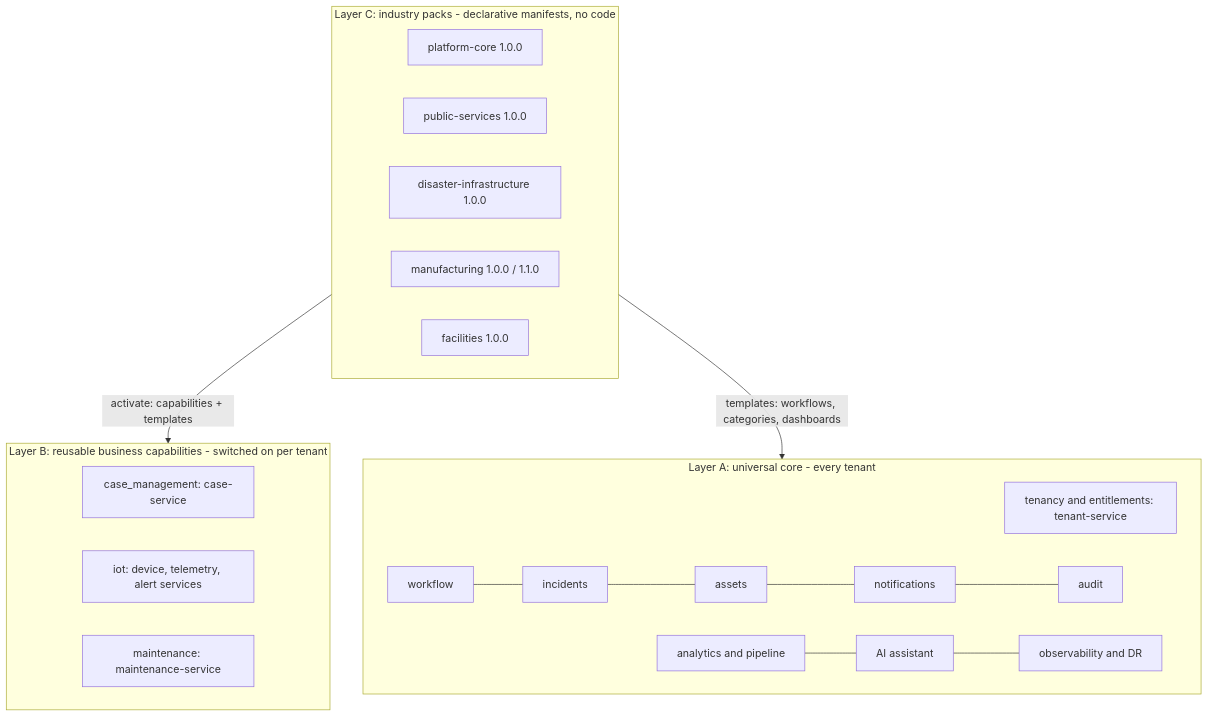
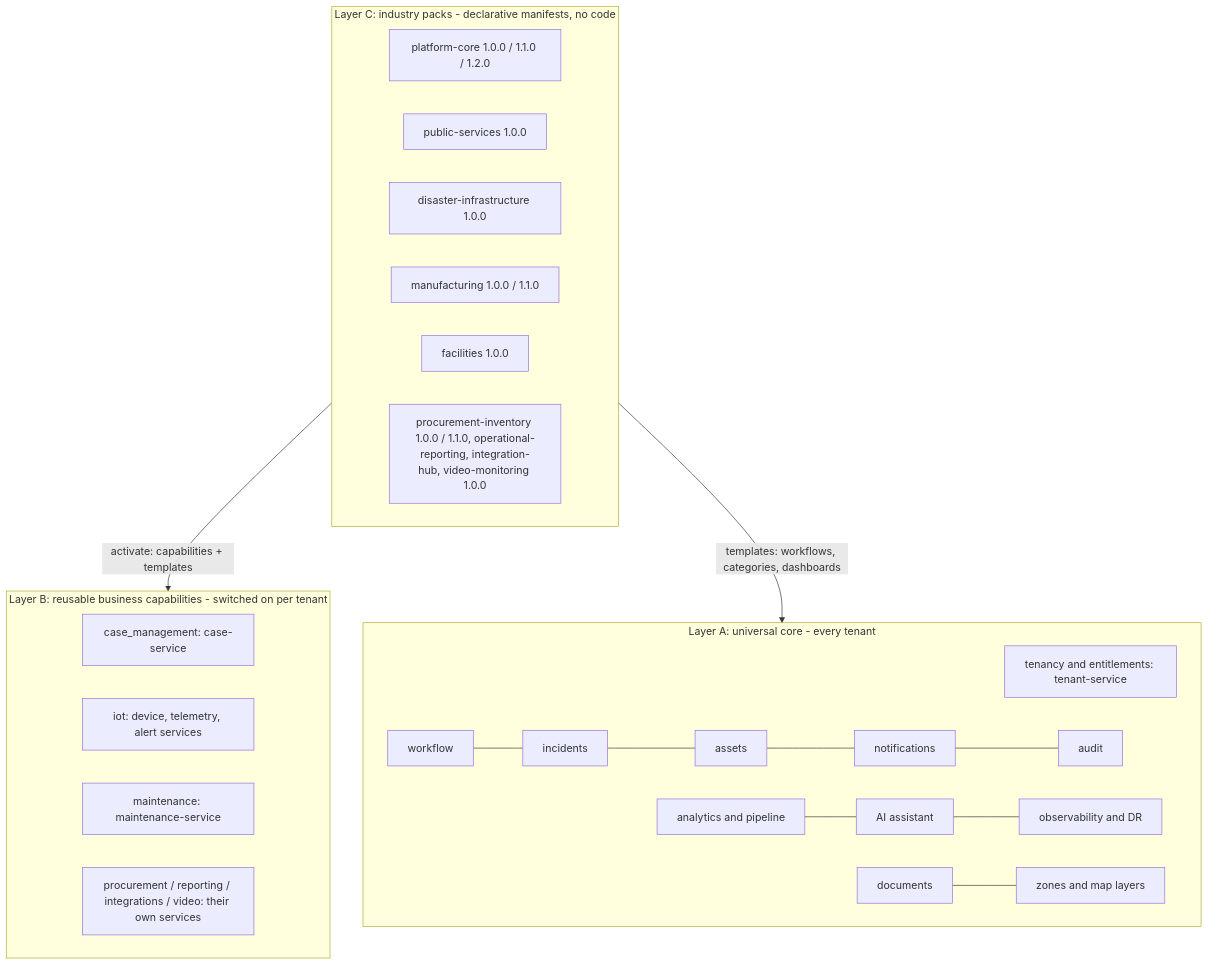
The first of 2 diagrams in docs/architecture/industry-packs.md (rumusAtok/titan-system), drawn with Mermaid before and after one commit. The commit also changed other lines of this file and 167 other files, not shown here.

````diff
--- a/docs/architecture/industry-packs.md
+++ b/docs/architecture/industry-packs.md
@@ -9,22 +9,25 @@
 ```mermaid
 flowchart TB
   subgraph C[Layer C: industry packs - declarative manifests, no code]
-    P1[platform-core 1.0.0]
+    P1[platform-core 1.0.0 / 1.1.0 / 1.2.0]
     P2[public-services 1.0.0]
     P3[disaster-infrastructure 1.0.0]
     P4[manufacturing 1.0.0 / 1.1.0]
     P5[facilities 1.0.0]
+    P6[procurement-inventory 1.0.0 / 1.1.0, operational-reporting, integration-hub, video-monitoring 1.0.0]
   end
   subgraph B[Layer B: reusable business capabilities - switched on per tenant]
     B1[case_management: case-service]
     B2[iot: device, telemetry, alert services]
     B3[maintenance: maintenance-service]
+    B4[procurement / reporting / integrations / video: their own services]
   end
   subgraph A[Layer A: universal core - every tenant]
     A1[tenancy and entitlements: tenant-service]
     A2[workflow] --- A3[incidents] --- A4[assets] --- A5[notifications] --- A6[audit]
     A7[analytics and pipeline] --- A8[AI assistant] --- A9[observability and DR]
+    A10[documents] --- A11[zones and map layers]
   end
   C -->|activate: capabilities + templates| B
   C -->|templates: workflows, categories, dashboards| A
 ```
````
